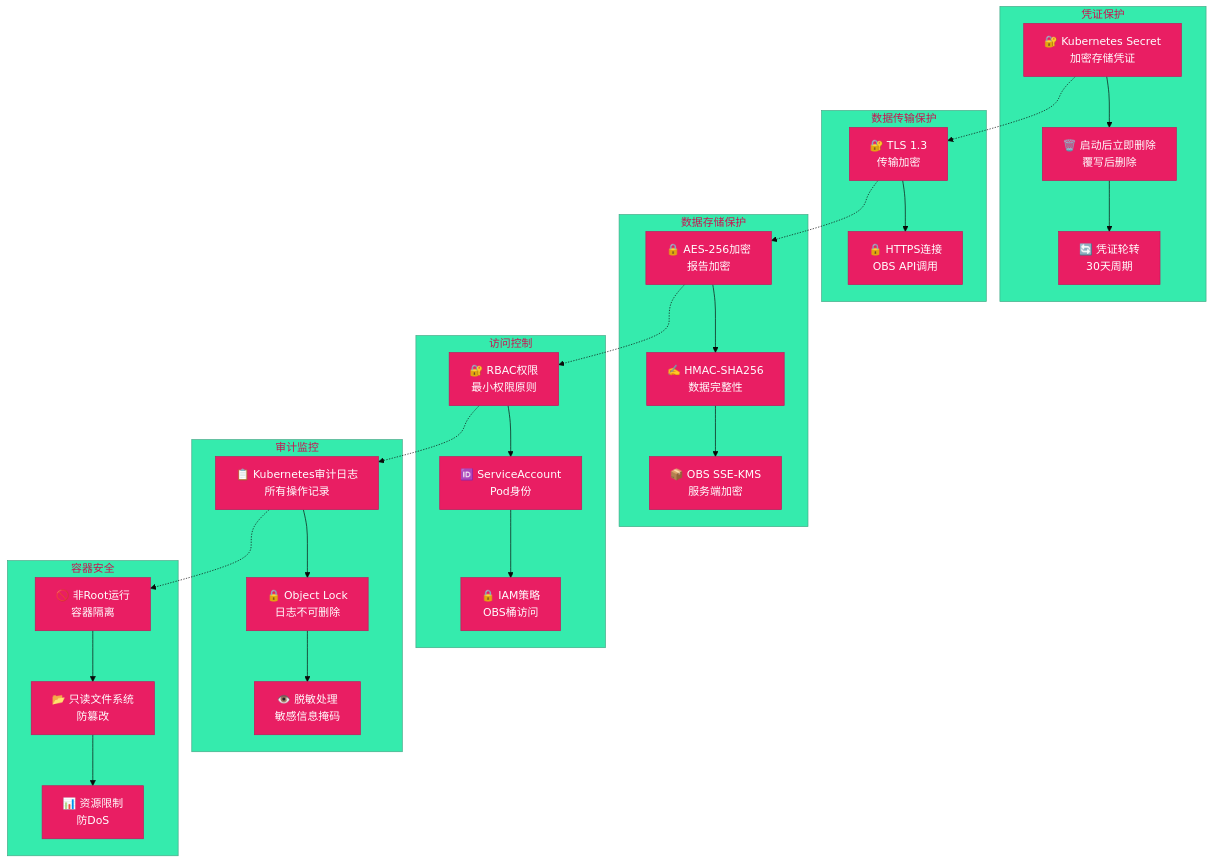
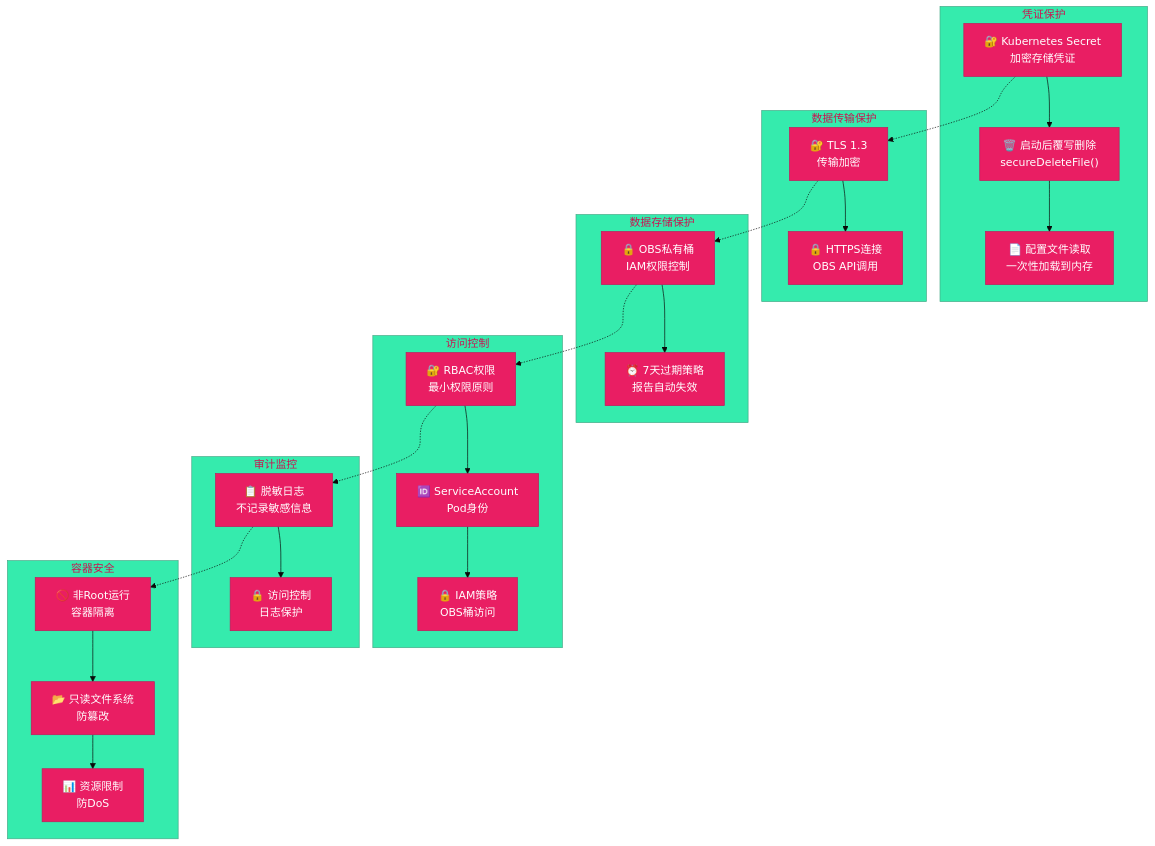
Before and after one commit to GeorgeCao-hw/backlog-test: the seventh of 7 diagrams in opensourceways/issue_docs/67/Architecture Desgin/#67 Architecture Design Specification.md, drawn with Mermaid. The commit also changed other lines of this file and 3 other files, not shown here.

````diff
--- a/opensourceways/issue_docs/67/Architecture Desgin/#67 Architecture Design Specification.md
+++ b/opensourceways/issue_docs/67/Architecture Desgin/#67 Architecture Design Specification.md
@@ -479,63 +476,59 @@
 ```mermaid
 %%{init: {
   'theme': 'base',
   'themeVariables': {
     'primaryColor': '#e91e63',
     'primaryBorderColor': '#c2185b',
     'primaryTextColor': '#ffffff',
     'fontSize': '16px'
   }
 }}%%
 graph TB
     subgraph "凭证保护"
         A1["🔐 Kubernetes Secret<br/>加密存储凭证"]
-        A2["🗑️ 启动后立即删除<br/>覆写后删除"]
-        A3["🔄 凭证轮转<br/>30天周期"]
+        A2["🗑️ 启动后覆写删除<br/>secureDeleteFile()"]
+        A3["📄 配置文件读取<br/>一次性加载到内存"]
         A1 --> A2
         A2 --> A3
     end
 
     subgraph "数据传输保护"
         B1["🔐 TLS 1.3<br/>传输加密"]
         B2["🔒 HTTPS连接<br/>OBS API调用"]
         B1 --> B2
     end
 
     subgraph "数据存储保护"
-        C1["🔒 AES-256加密<br/>报告加密"]
-        C2["✍️ HMAC-SHA256<br/>数据完整性"]
-        C3["📦 OBS SSE-KMS<br/>服务端加密"]
+        C1["🔒 OBS私有桶<br/>IAM权限控制"]
+        C2["⏰ 7天过期策略<br/>报告自动失效"]
         C1 --> C2
-        C2 --> C3
     end
 
     subgraph "访问控制"
         D1["🔐 RBAC权限<br/>最小权限原则"]
         D2["🆔 ServiceAccount<br/>Pod身份"]
         D3["🔒 IAM策略<br/>OBS桶访问"]
         D1 --> D2
         D2 --> D3
     end
 
     subgraph "审计监控"
-        E1["📋 Kubernetes审计日志<br/>所有操作记录"]
-        E2["🔒 Object Lock<br/>日志不可删除"]
-        E3["👁️ 脱敏处理<br/>敏感信息掩码"]
+        E1["📋 脱敏日志<br/>不记录敏感信息"]
+        E2["🔒 访问控制<br/>日志保护"]
         E1 --> E2
-        E2 --> E3
     end
 
     subgraph "容器安全"
         F1["🚫 非Root运行<br/>容器隔离"]
         F2["📂 只读文件系统<br/>防篡改"]
         F3["📊 资源限制<br/>防DoS"]
         F1 --> F2
         F2 --> F3
     end
 
     A1 -.-> B1
     B1 -.-> C1
     C1 -.-> D1
     D1 -.-> E1
     E1 -.-> F1
 ```
````
